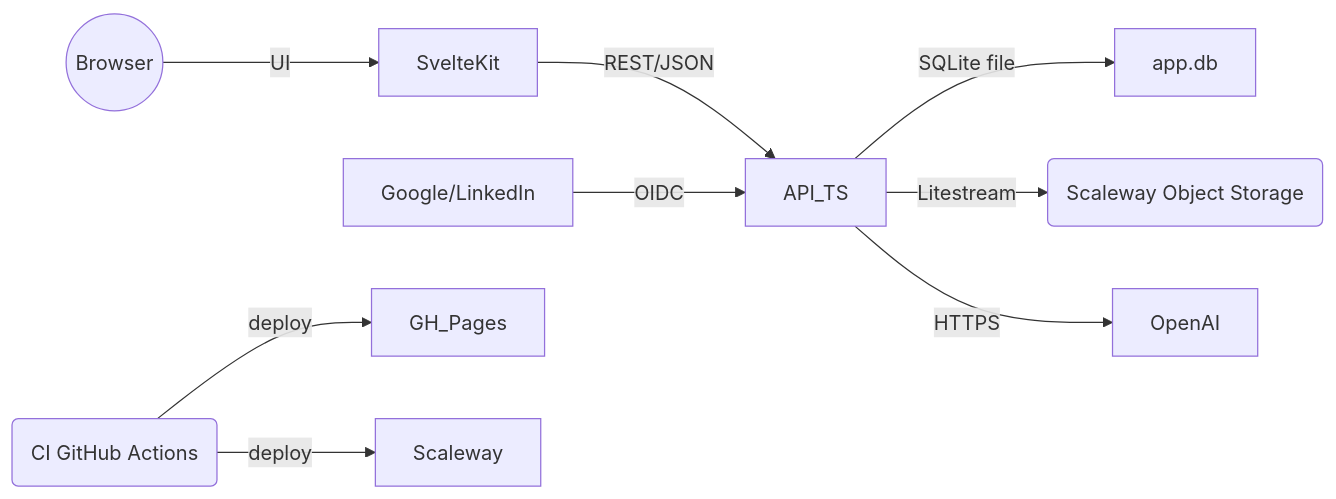
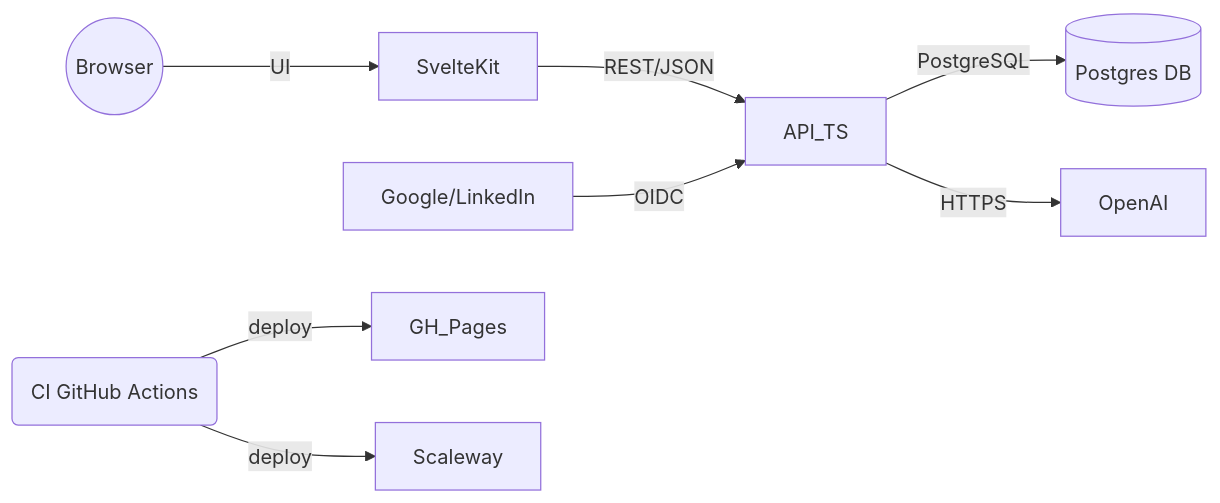
The diagram in README.md (rhanka/sentropic), drawn with Mermaid before and after one commit. The commit also changed other lines of this file and 3 other files, not shown here.

````diff
--- a/README.md
+++ b/README.md
@@ -21,10 +21,9 @@
 ```mermaid
 flowchart LR
   User((Browser)) -- UI --> SvelteKit
   SvelteKit -- REST/JSON --> API_TS
-  API_TS -- SQLite file --> app.db
-  API_TS -- Litestream --> S3(Scaleway Object Storage)
+  API_TS -- PostgreSQL --> Postgres[(Postgres DB)]
   API_TS -- HTTPS --> OpenAI
   OIDC[Google/LinkedIn] -- OIDC --> API_TS
   CI(CI GitHub Actions) -- deploy --> GH_Pages & Scaleway
 ```
````
